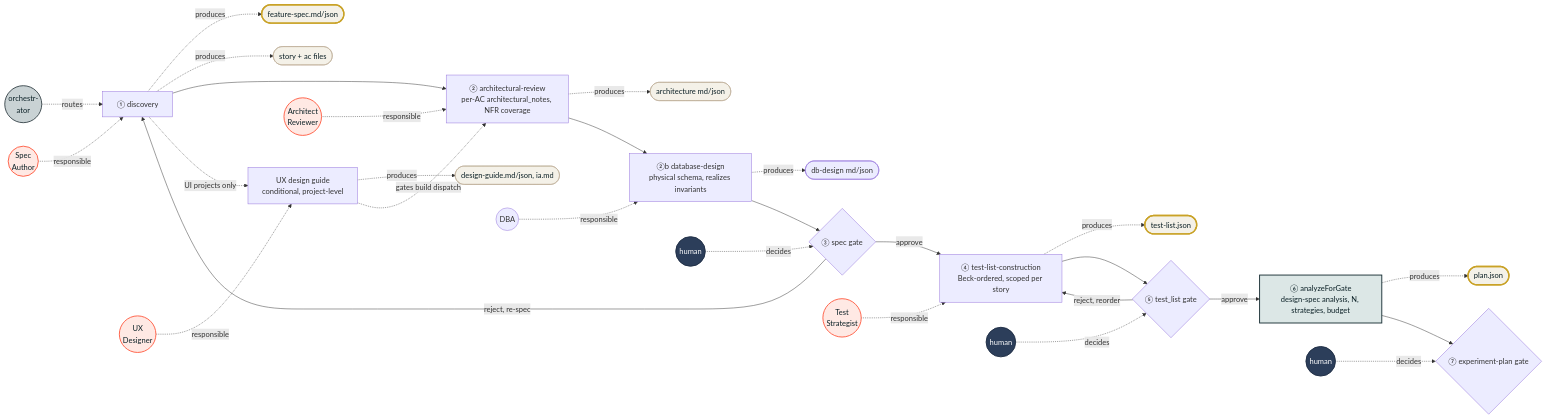
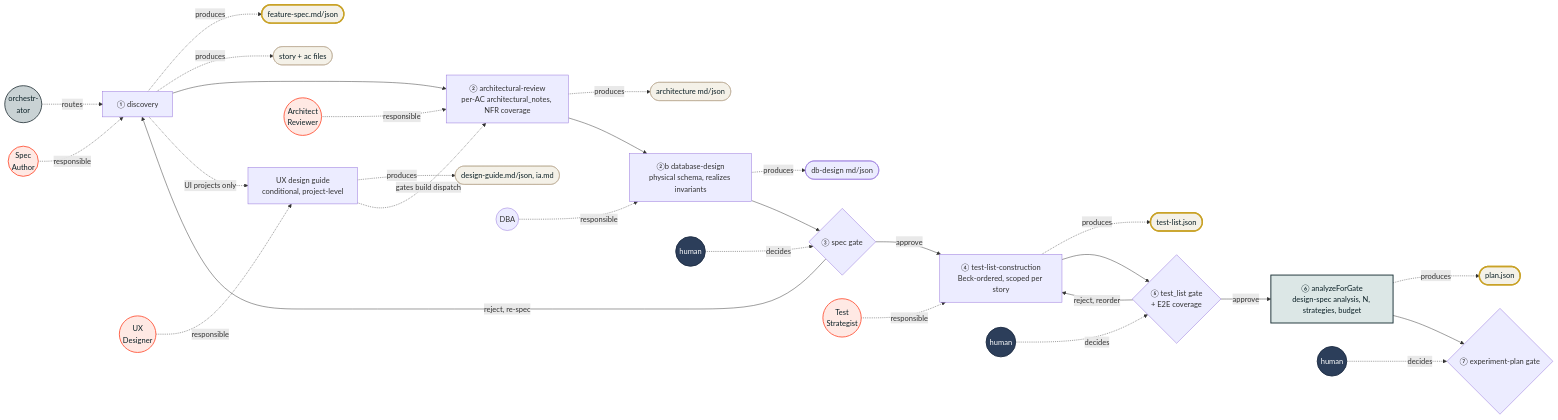
The fifth of 10 diagrams in skills/consort/references/workflow-state-machine.md (antonyprasad-db/lakebase-app-dev-kit), drawn with Mermaid before and after one commit. The commit also changed other lines of this file and 60 other files, not shown here.

````diff
--- a/skills/consort/references/workflow-state-machine.md
+++ b/skills/consort/references/workflow-state-machine.md
@@ -142,46 +142,46 @@
 ```mermaid
 flowchart LR
     ORCH1(("orchestr-<br/>ator")) -. routes .-> discovery
     SA(("Spec<br/>Author")) -. responsible .-> discovery
     discovery["① discovery"] -. produces .-> spec(["feature-spec.md/json"])
     discovery -. produces .-> storyac(["story + ac files"])
     discovery --> archReview
     UX(("UX<br/>Designer")) -. responsible .-> uxguide
     discovery -.->|UI projects only| uxguide["UX design guide<br/>conditional, project-level"]
     uxguide -. produces .-> dg(["design-guide.md/json, ia.md"])
     uxguide -.->|gates build dispatch| archReview
     AR(("Architect<br/>Reviewer")) -. responsible .-> archReview
     archReview["② architectural-review<br/>per-AC architectural_notes, NFR coverage"] -. produces .-> arch(["architecture md/json"])
     DBA(("DBA")) -. responsible .-> dbDesign
     archReview --> dbDesign
     dbDesign["②b database-design<br/>physical schema, realizes invariants"] -. produces .-> dbd(["db-design md/json"])
     dbDesign --> SpecGate
     HU1(("human")) -. decides .-> SpecGate
     SpecGate{③ spec gate}
     SpecGate -->|approve| testList
     SpecGate -->|reject, re-spec| discovery
     TS(("Test<br/>Strategist")) -. responsible .-> testList
     testList["④ test-list-construction<br/>Beck-ordered, scoped per story"] -. produces .-> tl(["test-list.json"])
     testList --> TestListGate
     HU2(("human")) -. decides .-> TestListGate
-    TestListGate{⑤ test_list gate}
+    TestListGate{⑤ test_list gate<br/>+ E2E coverage}
     TestListGate -->|approve| analyze
     TestListGate -->|reject, reorder| testList
     analyze["⑥ analyzeForGate<br/>design-spec analysis, N, strategies, budget"] -. produces .-> plan(["plan.json"])
     analyze --> DesignGate
     HU3(("human")) -. decides .-> DesignGate
     DesignGate{⑦ experiment-plan gate}
 
     classDef orch fill:#C9D2D4,stroke:#3D4A4F,stroke-width:2px,color:#0B2026;
     classDef role fill:#FFE9E4,stroke:#FF5F46,stroke-width:2px,color:#0B2026;
     classDef determ fill:#DCE7E6,stroke:#1B3137,stroke-width:2px,color:#0B2026;
     classDef human fill:#2C3E5A,stroke:#1F2E45,stroke-width:2px,color:#FFFFFF;
     classDef artifact fill:#F4F1E8,stroke:#B9A88F,stroke-width:1px,color:#0B2026;
     classDef frozen fill:#F4F1E8,stroke:#C9A227,stroke-width:3px,color:#0B2026;
     class ORCH1 orch;
     class SA,AR,TS,UX role;
     class analyze determ;
     class HU1,HU2,HU3 human;
     class storyac,arch,dg artifact;
     class spec,tl,plan frozen;
 ```
````
